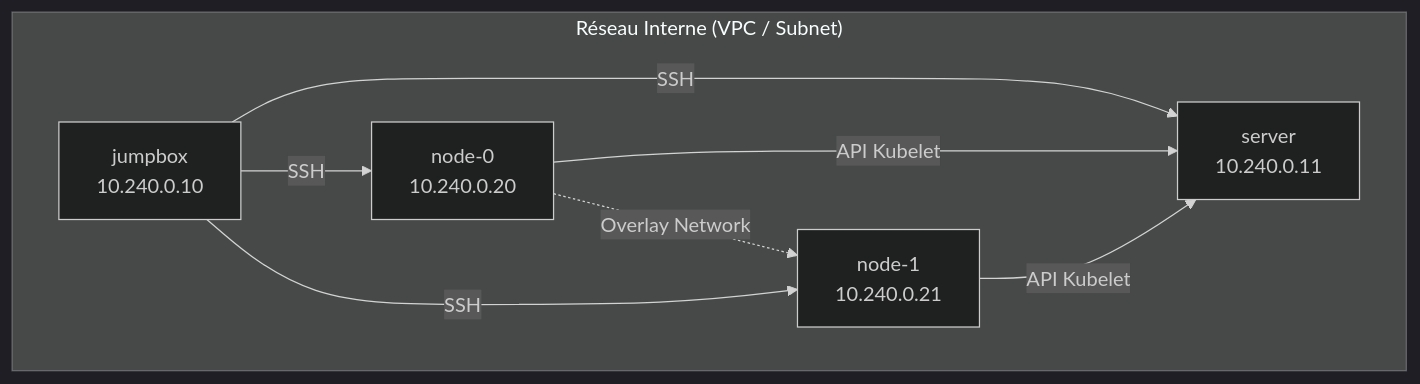
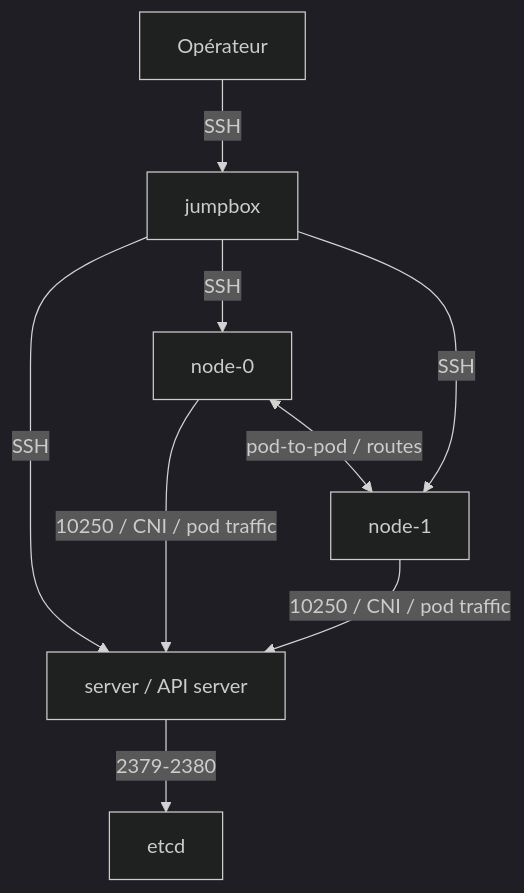
Before and after one commit to zdmooc/kubernetes-the-hard-way-multicloud: the second of 4 diagrams in docs/hld/HLD.md, drawn with Mermaid (dark theme). The commit also changed other lines of this file and 6 other files, not shown here.

````diff
--- a/docs/hld/HLD.md
+++ b/docs/hld/HLD.md
@@ -88,18 +300,11 @@
 ```mermaid
-graph TD
-    subgraph "Réseau Interne (VPC / Subnet)"
-        JB[jumpbox<br/>10.240.0.10]
-        CP[server<br/>10.240.0.11]
-        W0[node-0<br/>10.240.0.20]
-        W1[node-1<br/>10.240.0.21]
-    end
-
-    JB -- SSH --> CP
-    JB -- SSH --> W0
-    JB -- SSH --> W1
-
-    W0 -- API Kubelet --> CP
-    W1 -- API Kubelet --> CP
-
-    W0 -. Overlay Network .-> W1
+flowchart TD
+    OP[Opérateur] -->|SSH| JB[jumpbox]
+    JB -->|SSH| CP[server / API server]
+    JB -->|SSH| W0[node-0]
+    JB -->|SSH| W1[node-1]
+    CP -->|2379-2380| ETCD[etcd]
+    W0 -->|10250 / CNI / pod traffic| CP
+    W1 -->|10250 / CNI / pod traffic| CP
+    W0 <--> |pod-to-pod / routes| W1
 ```
````
